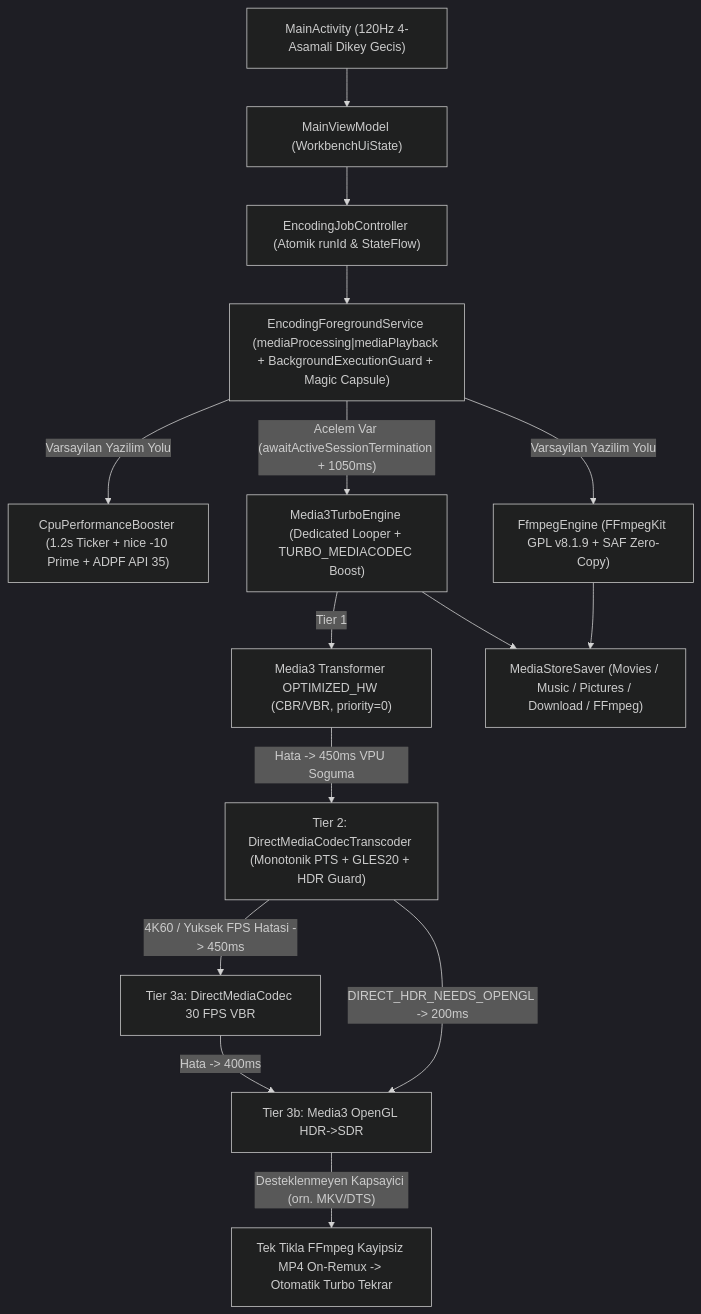
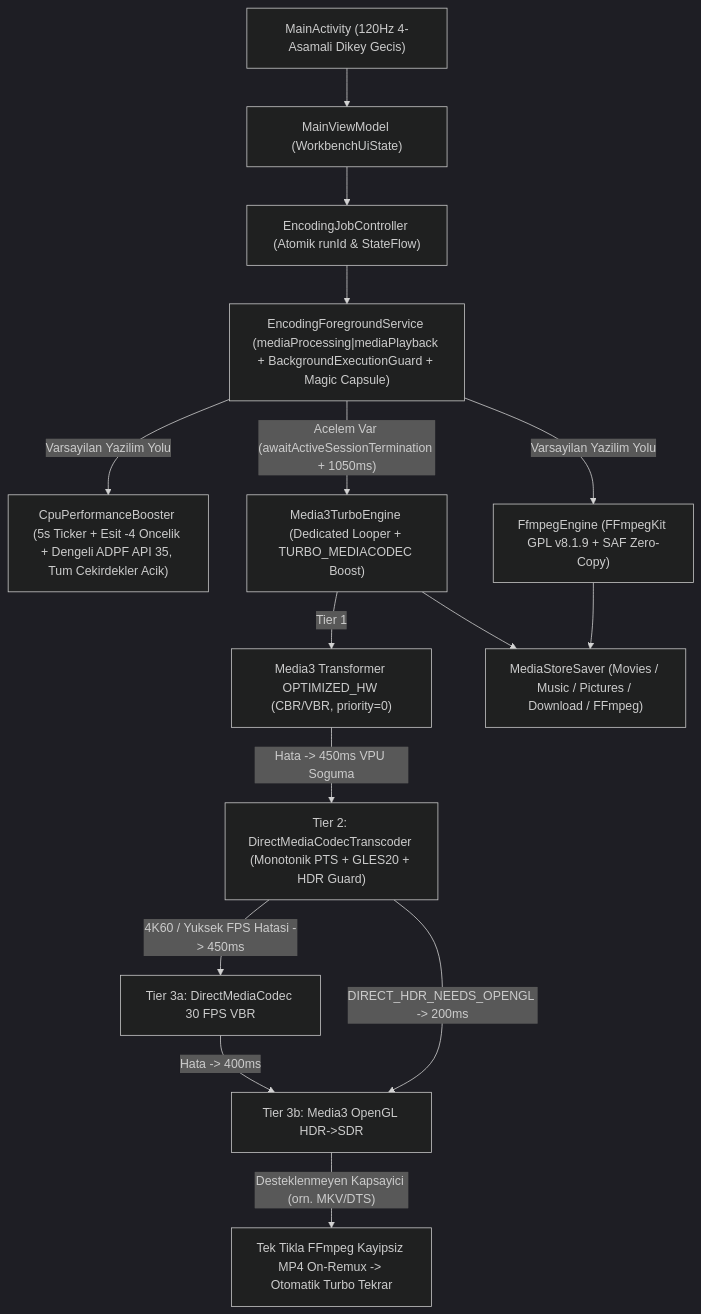
One commit to Cres246/FFmpeg-compressor-editor changed the diagram in AGENTS.md. Above: the diagram before and after it, drawn with Mermaid (dark theme). The commit also changed other lines of this file and 4 other files, not shown here.

````diff
--- a/AGENTS.md
+++ b/AGENTS.md
@@ -43,20 +43,20 @@
 ```mermaid
 flowchart TD
     UI["MainActivity (120Hz 4-Asamali Dikey Gecis)"] --> VM["MainViewModel (WorkbenchUiState)"]
     VM --> CTRL["EncodingJobController (Atomik runId & StateFlow)"]
     CTRL --> SVC["EncodingForegroundService (mediaProcessing|mediaPlayback + BackgroundExecutionGuard + Magic Capsule)"]
 
-    SVC -->|Varsayilan Yazilim Yolu| BOOST["CpuPerformanceBooster (1.2s Ticker + nice -10 Prime + ADPF API 35)"]
+    SVC -->|Varsayilan Yazilim Yolu| BOOST["CpuPerformanceBooster (5s Ticker + Esit -4 Oncelik + Dengeli ADPF API 35, Tum Cekirdekler Acik)"]
     SVC -->|Varsayilan Yazilim Yolu| FF["FfmpegEngine (FFmpegKit GPL v8.1.9 + SAF Zero-Copy)"]
 
     SVC -->|"Acelem Var (awaitActiveSessionTermination + 1050ms)"| TURBO["Media3TurboEngine (Dedicated Looper + TURBO_MEDIACODEC Boost)"]
     TURBO -->|"Tier 1"| T1["Media3 Transformer OPTIMIZED_HW (CBR/VBR, priority=0)"]
     T1 -->|"Hata -> 450ms VPU Soguma"| T2["Tier 2: DirectMediaCodecTranscoder (Monotonik PTS + GLES20 + HDR Guard)"]
     T2 -->|"4K60 / Yuksek FPS Hatasi -> 450ms"| T3A["Tier 3a: DirectMediaCodec 30 FPS VBR"]
     T2 -->|"DIRECT_HDR_NEEDS_OPENGL -> 200ms"| T3B["Tier 3b: Media3 OpenGL HDR->SDR"]
     T3A -->|"Hata -> 400ms"| T3B
 
     T3B -->|"Desteklenmeyen Kapsayici (orn. MKV/DTS)"| REMUX["Tek Tikla FFmpeg Kayipsiz MP4 On-Remux -> Otomatik Turbo Tekrar"]
     FF --> SAVE["MediaStoreSaver (Movies / Music / Pictures / Download / FFmpeg)"]
     TURBO --> SAVE
 ```
````
